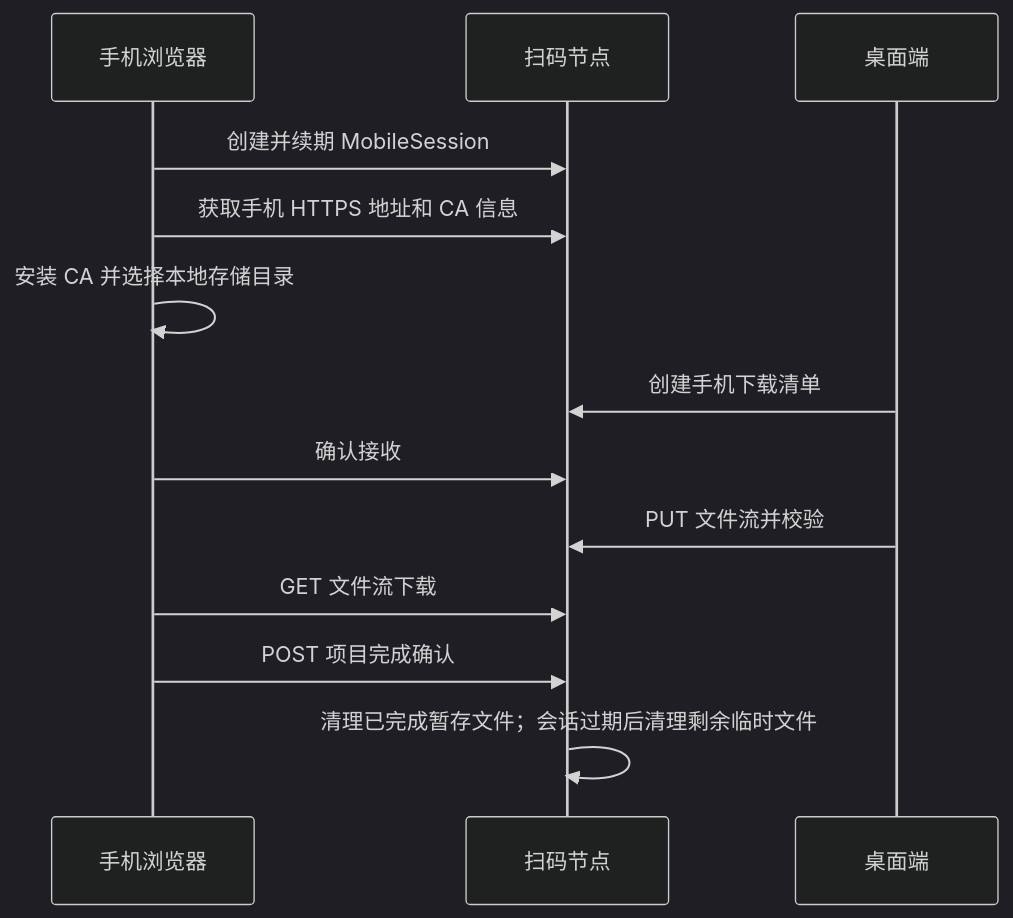
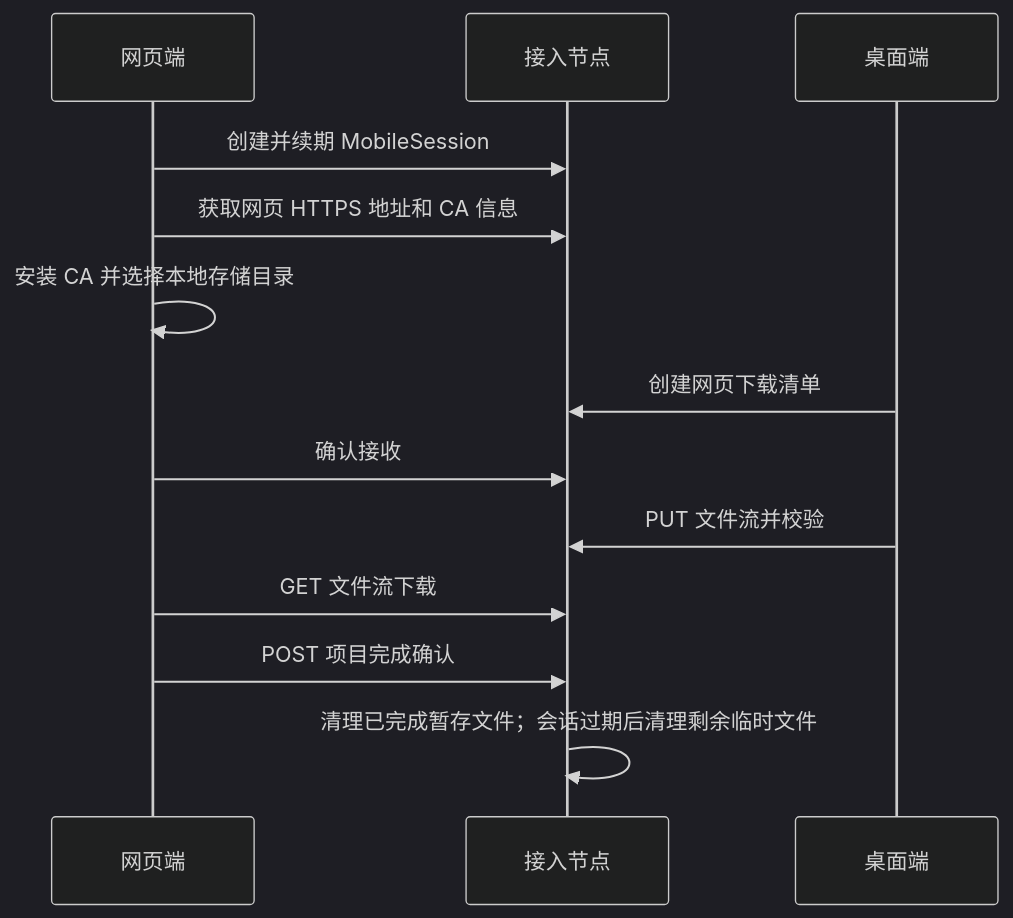
The fifth of 5 diagrams in docs/ARCHITECTURE_MAP.md (yangjinming1062/MeshShare), drawn with Mermaid (dark theme) before and after one commit. The commit also changed other lines of this file and 13 other files, not shown here.

````diff
--- a/docs/ARCHITECTURE_MAP.md
+++ b/docs/ARCHITECTURE_MAP.md
@@ -72,15 +72,15 @@
 ```mermaid
 sequenceDiagram
-  participant P as 手机浏览器
-  participant R as 扫码节点
+  participant P as 网页端
+  participant R as 接入节点
   participant U as 桌面端
   P->>R: 创建并续期 MobileSession
-  P->>R: 获取手机 HTTPS 地址和 CA 信息
+  P->>R: 获取网页 HTTPS 地址和 CA 信息
   P->>P: 安装 CA 并选择本地存储目录
-  U->>R: 创建手机下载清单
+  U->>R: 创建网页下载清单
   P->>R: 确认接收
   U->>R: PUT 文件流并校验
   P->>R: GET 文件流下载
   P->>R: POST 项目完成确认
   R->>R: 清理已完成暂存文件；会话过期后清理剩余临时文件
 ```
````
